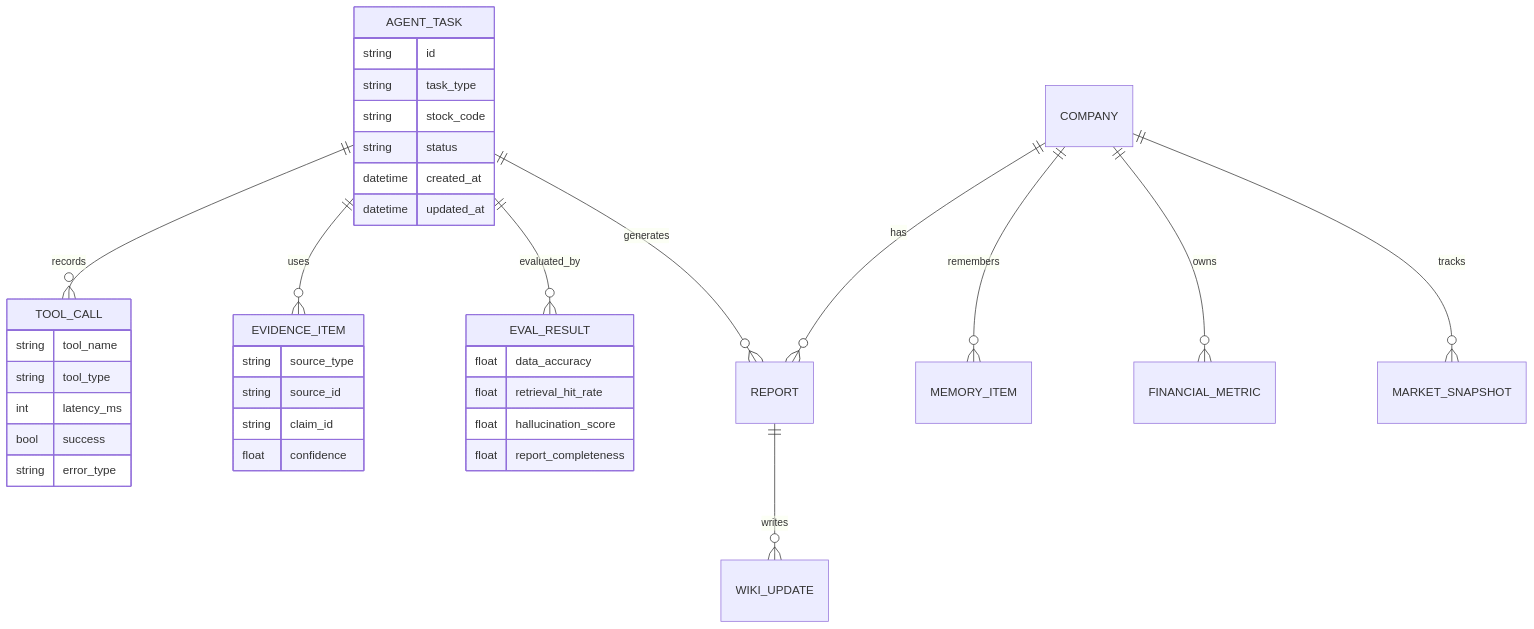
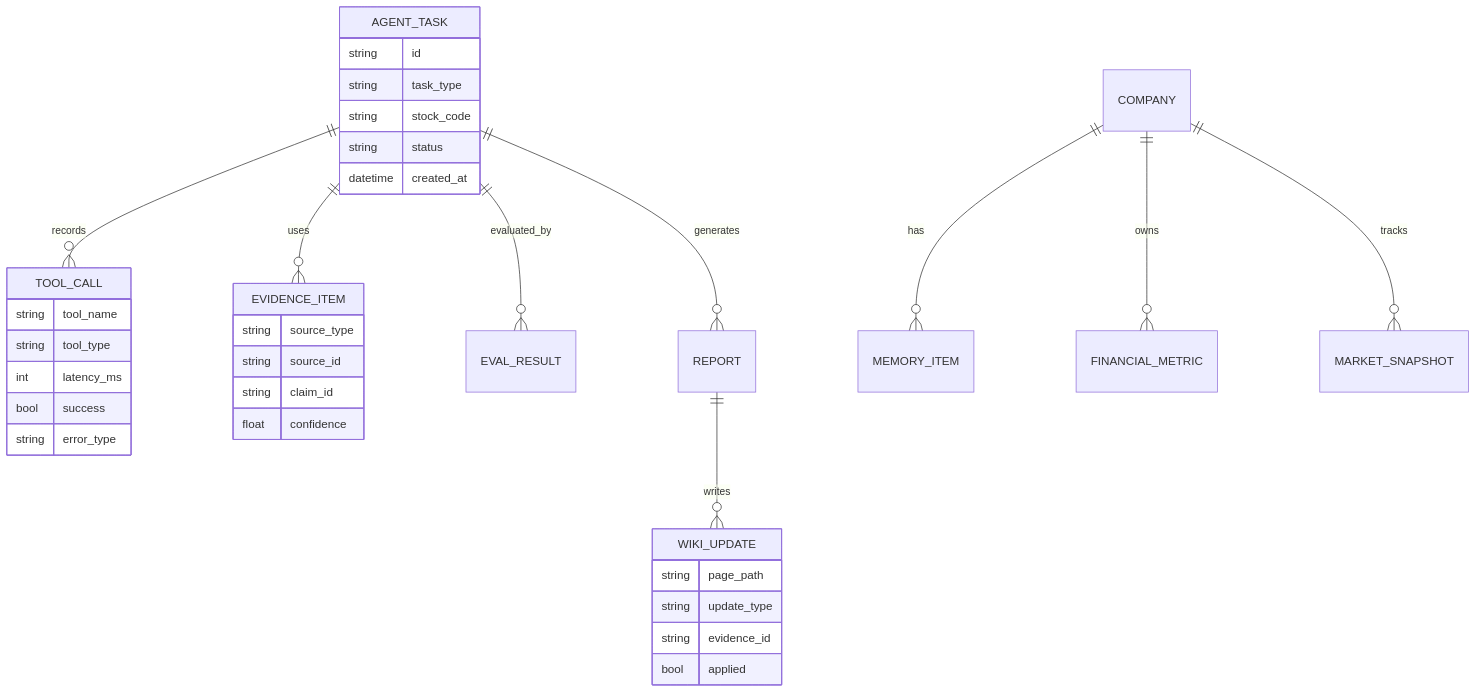
Before and after one commit to ljt-sss/A_stock_analysis_agent: the ninth of 9 diagrams in README.md, drawn with Mermaid. The commit also changed other lines of this file and 47 other files, not shown here.

````diff
--- a/README.md
+++ b/README.md
@@ -380,43 +370,41 @@
 ```mermaid
 erDiagram
     AGENT_TASK ||--o{ TOOL_CALL : records
     AGENT_TASK ||--o{ EVIDENCE_ITEM : uses
     AGENT_TASK ||--o{ EVAL_RESULT : evaluated_by
     AGENT_TASK ||--o{ REPORT : generates
     REPORT ||--o{ WIKI_UPDATE : writes
-    COMPANY ||--o{ REPORT : has
-    COMPANY ||--o{ MEMORY_ITEM : remembers
+    COMPANY ||--o{ MEMORY_ITEM : has
     COMPANY ||--o{ FINANCIAL_METRIC : owns
     COMPANY ||--o{ MARKET_SNAPSHOT : tracks
 
     AGENT_TASK {
         string id
         string task_type
         string stock_code
         string status
         datetime created_at
-        datetime updated_at
     }
 
     TOOL_CALL {
         string tool_name
         string tool_type
         int latency_ms
         bool success
         string error_type
     }
 
     EVIDENCE_ITEM {
         string source_type
         string source_id
         string claim_id
         float confidence
     }
 
-    EVAL_RESULT {
-        float data_accuracy
-        float retrieval_hit_rate
-        float hallucination_score
-        float report_completeness
+    WIKI_UPDATE {
+        string page_path
+        string update_type
+        string evidence_id
+        bool applied
     }
 ```
````
